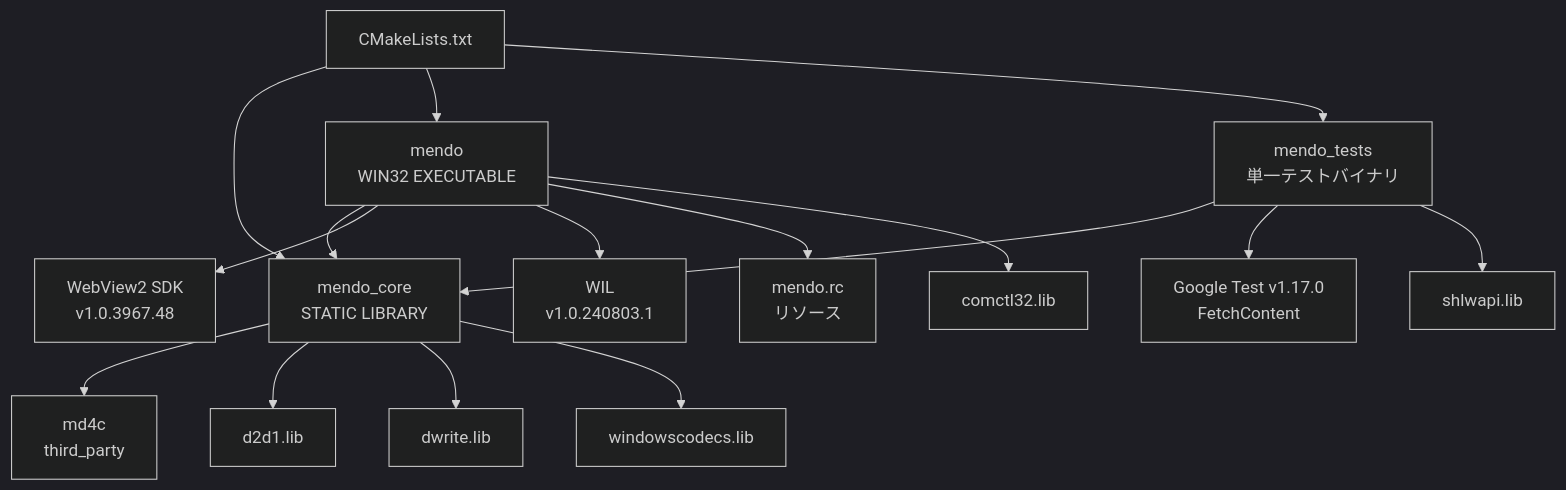
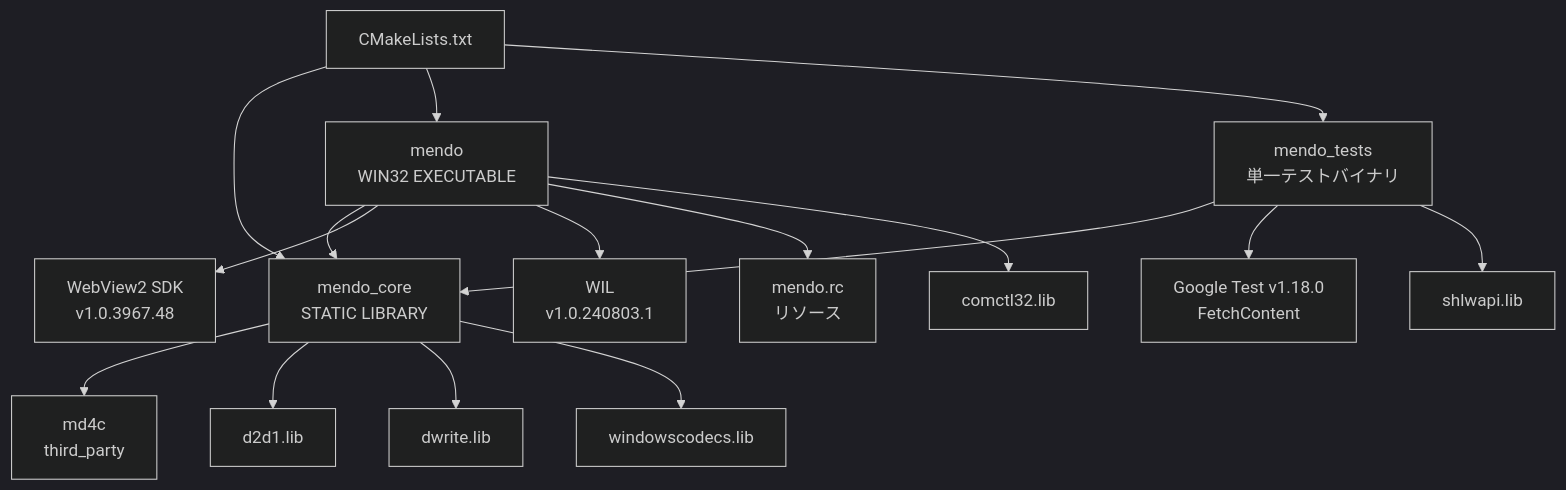
Before and after one commit to tanaton/mendo: diagram 20 of 27 in example/test.md, drawn with Mermaid (dark theme). The commit also changed other lines of this file and 5 other files, not shown here.

````diff
--- a/example/test.md
+++ b/example/test.md
@@ -2977,20 +2977,20 @@
 ```mermaid
 graph TD
     ROOT[CMakeLists.txt] --> CORE[mendo_core<br>STATIC LIBRARY]
     ROOT --> EXE[mendo<br>WIN32 EXECUTABLE]
     ROOT --> TEST[mendo_tests<br>単一テストバイナリ]
 
     CORE --> MD4C[md4c<br>third_party]
     EXE --> CORE
     EXE --> WV2[WebView2 SDK<br>v1.0.3967.48]
     EXE --> WIL[WIL<br>v1.0.240803.1]
     EXE --> RC[mendo.rc<br>リソース]
     TEST --> CORE
-    TEST --> GTEST[Google Test v1.17.0<br>FetchContent]
+    TEST --> GTEST[Google Test v1.18.0<br>FetchContent]
     TEST --> SHLWAPI[shlwapi.lib]
 
     CORE --> D2D1[d2d1.lib]
     CORE --> DWRITE[dwrite.lib]
     CORE --> WIC_LIB[windowscodecs.lib]
     EXE --> COMCTL[comctl32.lib]
 ```
````
